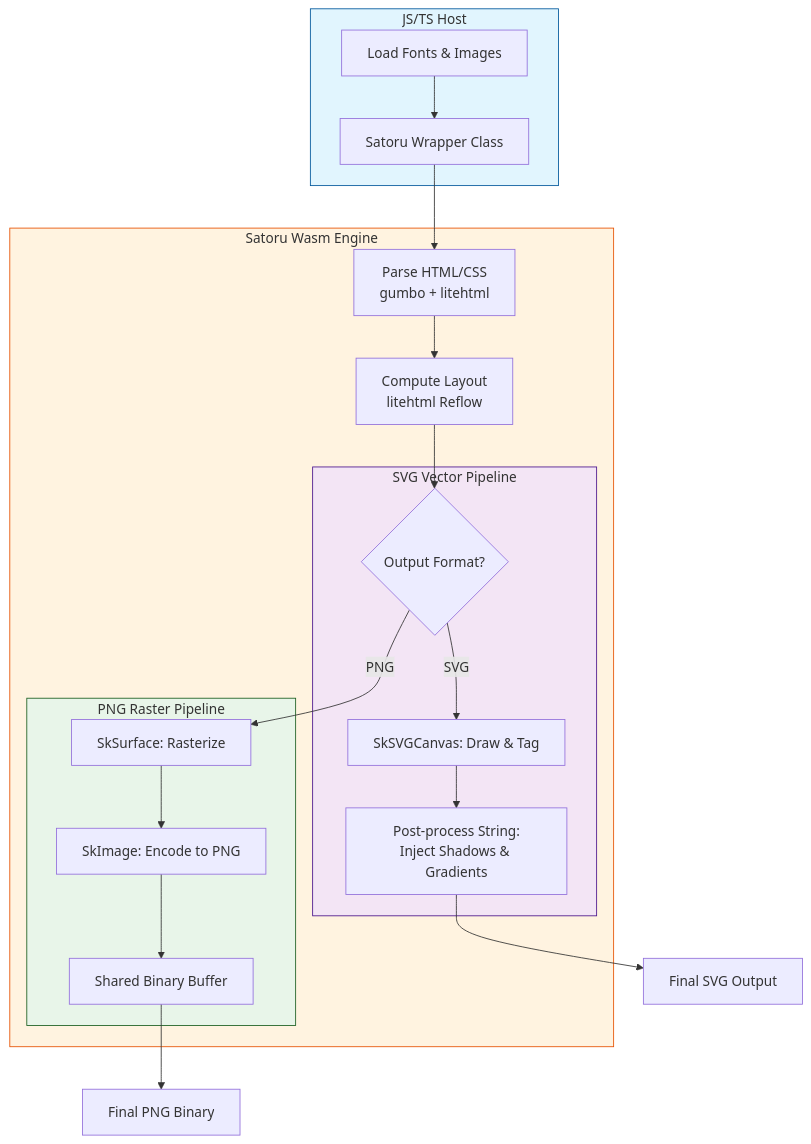
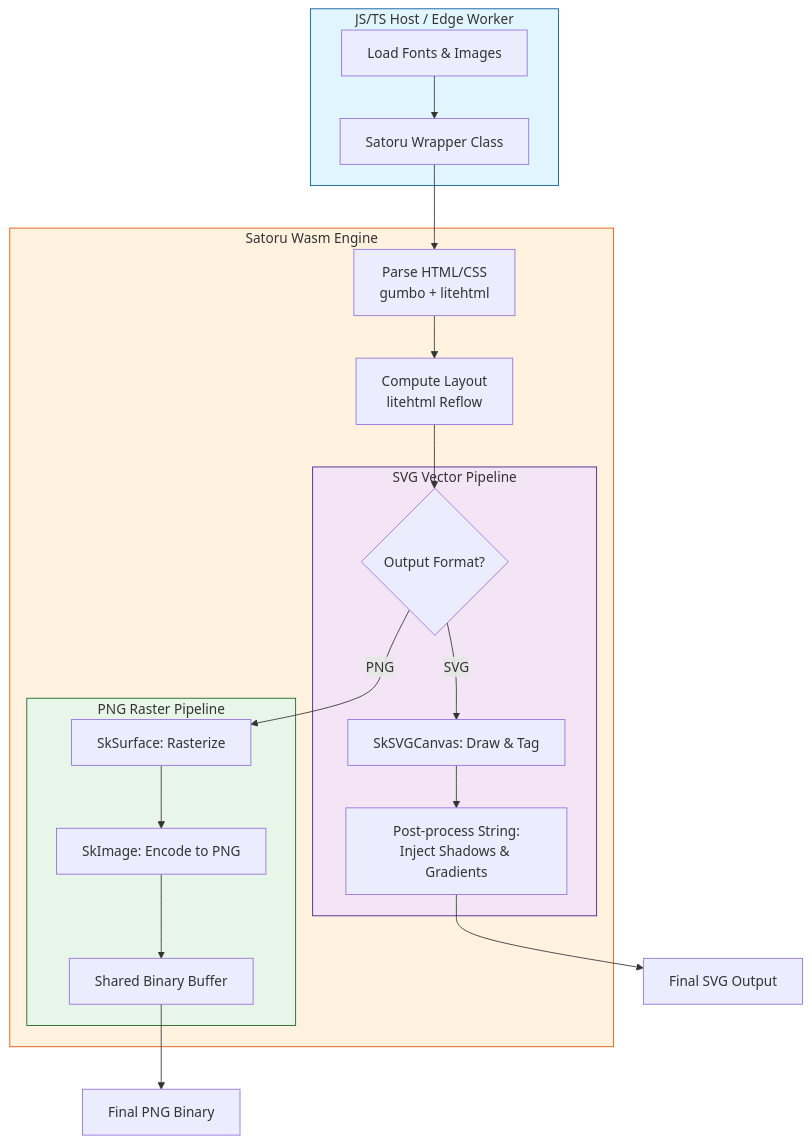
One commit to SoraKumo001/satoru changed the diagram in README.md. Above: the diagram before and after it, drawn with Mermaid. The commit also changed other lines of this file, not shown here.

Commit message:
feat: Introduce Cloudflare Workers (edge) support and update README documentation.

````diff
--- a/README.md
+++ b/README.md
@@ -34,32 +31,32 @@
 ```mermaid
 graph TD
-    subgraph Host [JS/TS Host]
+    subgraph Host [JS/TS Host / Edge Worker]
         A[Load Fonts & Images] --> B[Satoru Wrapper Class]
     end
 
     subgraph WASM [Satoru Wasm Engine]
         B --> C[Parse HTML/CSS<br/>gumbo + litehtml]
         C --> D[Compute Layout<br/>litehtml Reflow]
 
         D --> E{Output Format?}
 
         subgraph SVG_Path [SVG Vector Pipeline]
             E -- SVG --> F[SkSVGCanvas: Draw & Tag]
             F --> G[Post-process String:<br/>Inject Shadows & Gradients]
         end
 
         subgraph PNG_Path [PNG Raster Pipeline]
             E -- PNG --> H[SkSurface: Rasterize]
             H --> I[SkImage: Encode to PNG]
             I --> J[Shared Binary Buffer]
         end
     end
 
     G --> K[Final SVG Output]
     J --> L[Final PNG Binary]
 
     style Host fill:#e1f5fe,stroke:#01579b
     style WASM fill:#fff3e0,stroke:#e65100
     style SVG_Path fill:#f3e5f5,stroke:#4a148c
     style PNG_Path fill:#e8f5e9,stroke:#1b5e20
 ```
````
